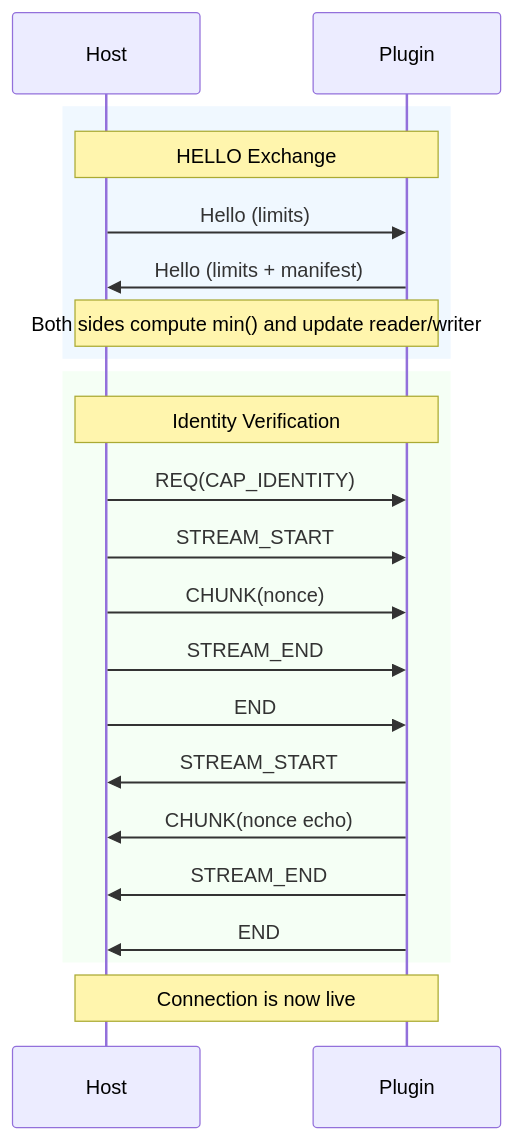
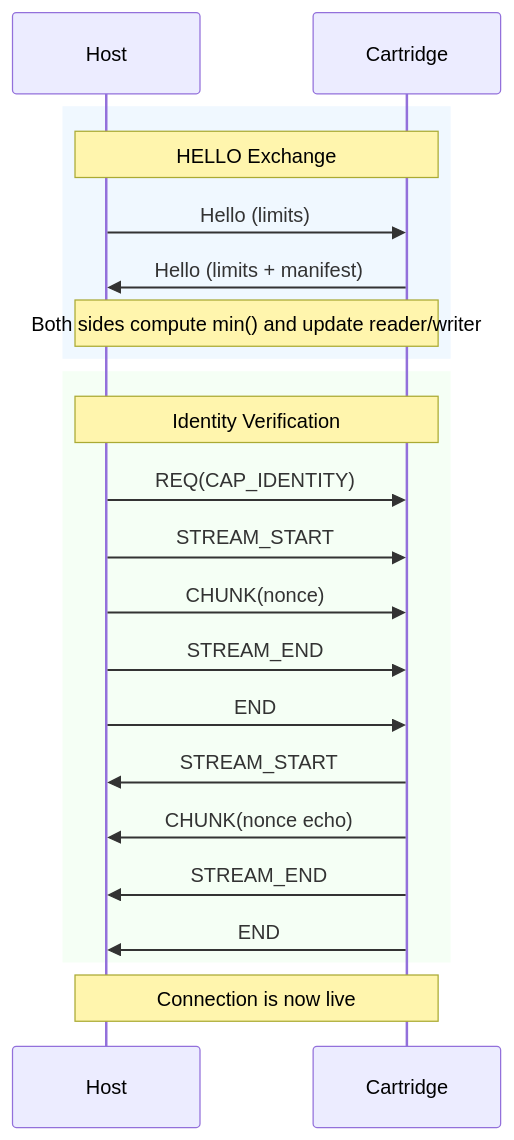
Before and after one commit to machinefabric/capns: the diagram in docs/12.3-HANDSHAKE.md, drawn with Mermaid. The commit also changed other lines of this file and 53 other files, not shown here.

````diff
--- a/docs/12.3-HANDSHAKE.md
+++ b/docs/12.3-HANDSHAKE.md
@@ -9,28 +9,28 @@
 ```mermaid
 sequenceDiagram
     participant H as Host
-    participant P as Plugin
+    participant P as Cartridge
 
     rect rgb(240, 248, 255)
         Note over H,P: HELLO Exchange
         H->>P: Hello (limits)
         P->>H: Hello (limits + manifest)
         Note over H,P: Both sides compute min() and update reader/writer
     end
 
     rect rgb(245, 255, 245)
         Note over H,P: Identity Verification
         H->>P: REQ(CAP_IDENTITY)
         H->>P: STREAM_START
         H->>P: CHUNK(nonce)
         H->>P: STREAM_END
         H->>P: END
 
         P->>H: STREAM_START
         P->>H: CHUNK(nonce echo)
         P->>H: STREAM_END
         P->>H: END
     end
 
     Note over H,P: Connection is now live
 ```
````
